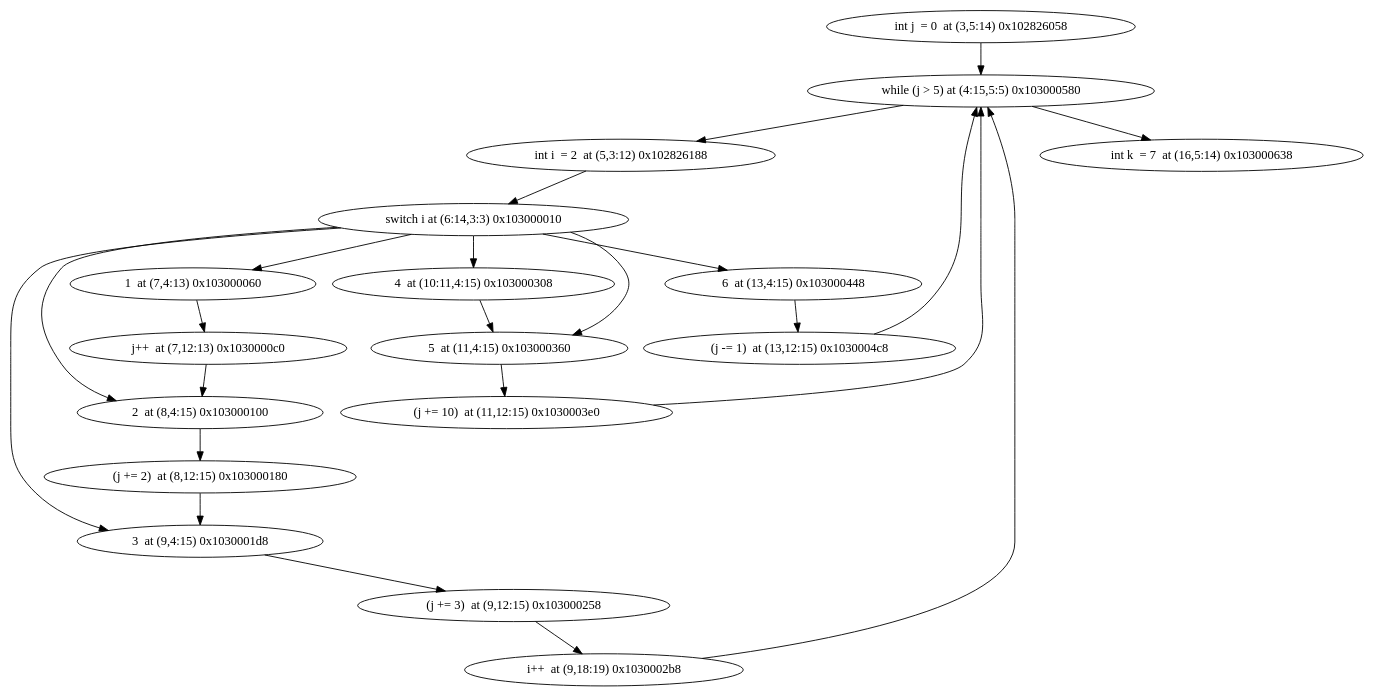
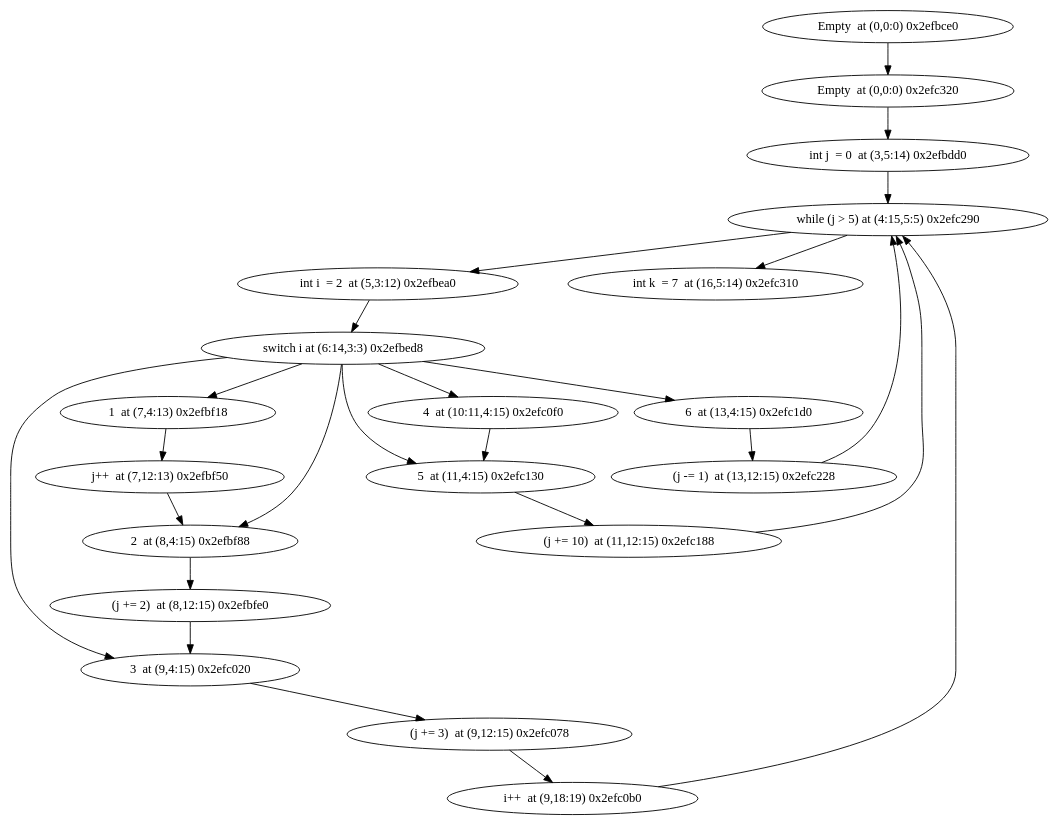
Before and after one commit to jxw1102/Projet-merou: the diagram in ModelChecker/unitary_tests/switch/test.dot, drawn with Graphviz. The commit also changed 30 other files, not shown here.

```diff
--- a/ModelChecker/unitary_tests/switch/test.dot
+++ b/ModelChecker/unitary_tests/switch/test.dot
@@ -1,24 +1,26 @@
 digraph {
-"int j  = 0  at (3,5:14) 0x102826058" -> "while (j > 5) at (4:15,5:5) 0x103000580"
-"while (j > 5) at (4:15,5:5) 0x103000580" -> "int i  = 2  at (5,3:12) 0x102826188"
-"while (j > 5) at (4:15,5:5) 0x103000580" -> "int k  = 7  at (16,5:14) 0x103000638"
-"int i  = 2  at (5,3:12) 0x102826188" -> "switch i at (6:14,3:3) 0x103000010"
-"switch i at (6:14,3:3) 0x103000010" -> "5  at (11,4:15) 0x103000360"
-"switch i at (6:14,3:3) 0x103000010" -> "2  at (8,4:15) 0x103000100"
-"switch i at (6:14,3:3) 0x103000010" -> "3  at (9,4:15) 0x1030001d8"
-"switch i at (6:14,3:3) 0x103000010" -> "1  at (7,4:13) 0x103000060"
-"switch i at (6:14,3:3) 0x103000010" -> "6  at (13,4:15) 0x103000448"
-"switch i at (6:14,3:3) 0x103000010" -> "4  at (10:11,4:15) 0x103000308"
-"5  at (11,4:15) 0x103000360" -> "(j += 10)  at (11,12:15) 0x1030003e0"
-"(j += 10)  at (11,12:15) 0x1030003e0" -> "while (j > 5) at (4:15,5:5) 0x103000580"
-"2  at (8,4:15) 0x103000100" -> "(j += 2)  at (8,12:15) 0x103000180"
-"(j += 2)  at (8,12:15) 0x103000180" -> "3  at (9,4:15) 0x1030001d8"
-"3  at (9,4:15) 0x1030001d8" -> "(j += 3)  at (9,12:15) 0x103000258"
-"(j += 3)  at (9,12:15) 0x103000258" -> "i++  at (9,18:19) 0x1030002b8"
-"i++  at (9,18:19) 0x1030002b8" -> "while (j > 5) at (4:15,5:5) 0x103000580"
-"1  at (7,4:13) 0x103000060" -> "j++  at (7,12:13) 0x1030000c0"
-"j++  at (7,12:13) 0x1030000c0" -> "2  at (8,4:15) 0x103000100"
-"6  at (13,4:15) 0x103000448" -> "(j -= 1)  at (13,12:15) 0x1030004c8"
-"(j -= 1)  at (13,12:15) 0x1030004c8" -> "while (j > 5) at (4:15,5:5) 0x103000580"
-"4  at (10:11,4:15) 0x103000308" -> "5  at (11,4:15) 0x103000360"
+"Empty  at (0,0:0) 0x2efbce0" -> "Empty  at (0,0:0) 0x2efc320"
+"Empty  at (0,0:0) 0x2efc320" -> "int j  = 0  at (3,5:14) 0x2efbdd0"
+"int j  = 0  at (3,5:14) 0x2efbdd0" -> "while (j > 5) at (4:15,5:5) 0x2efc290"
+"while (j > 5) at (4:15,5:5) 0x2efc290" -> "int i  = 2  at (5,3:12) 0x2efbea0"
+"while (j > 5) at (4:15,5:5) 0x2efc290" -> "int k  = 7  at (16,5:14) 0x2efc310"
+"int i  = 2  at (5,3:12) 0x2efbea0" -> "switch i at (6:14,3:3) 0x2efbed8"
+"switch i at (6:14,3:3) 0x2efbed8" -> "3  at (9,4:15) 0x2efc020"
+"switch i at (6:14,3:3) 0x2efbed8" -> "4  at (10:11,4:15) 0x2efc0f0"
+"switch i at (6:14,3:3) 0x2efbed8" -> "2  at (8,4:15) 0x2efbf88"
+"switch i at (6:14,3:3) 0x2efbed8" -> "5  at (11,4:15) 0x2efc130"
+"switch i at (6:14,3:3) 0x2efbed8" -> "1  at (7,4:13) 0x2efbf18"
+"switch i at (6:14,3:3) 0x2efbed8" -> "6  at (13,4:15) 0x2efc1d0"
+"3  at (9,4:15) 0x2efc020" -> "(j += 3)  at (9,12:15) 0x2efc078"
+"(j += 3)  at (9,12:15) 0x2efc078" -> "i++  at (9,18:19) 0x2efc0b0"
+"i++  at (9,18:19) 0x2efc0b0" -> "while (j > 5) at (4:15,5:5) 0x2efc290"
+"4  at (10:11,4:15) 0x2efc0f0" -> "5  at (11,4:15) 0x2efc130"
+"5  at (11,4:15) 0x2efc130" -> "(j += 10)  at (11,12:15) 0x2efc188"
+"(j += 10)  at (11,12:15) 0x2efc188" -> "while (j > 5) at (4:15,5:5) 0x2efc290"
+"2  at (8,4:15) 0x2efbf88" -> "(j += 2)  at (8,12:15) 0x2efbfe0"
+"(j += 2)  at (8,12:15) 0x2efbfe0" -> "3  at (9,4:15) 0x2efc020"
+"1  at (7,4:13) 0x2efbf18" -> "j++  at (7,12:13) 0x2efbf50"
+"j++  at (7,12:13) 0x2efbf50" -> "2  at (8,4:15) 0x2efbf88"
+"6  at (13,4:15) 0x2efc1d0" -> "(j -= 1)  at (13,12:15) 0x2efc228"
+"(j -= 1)  at (13,12:15) 0x2efc228" -> "while (j > 5) at (4:15,5:5) 0x2efc290"
 }
```
